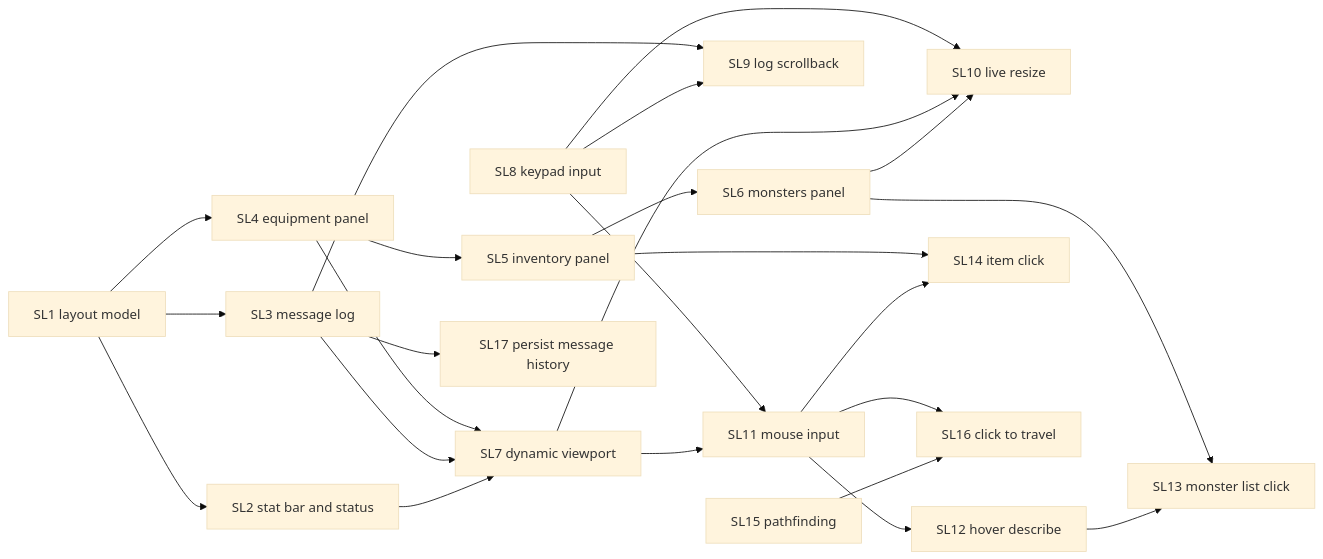
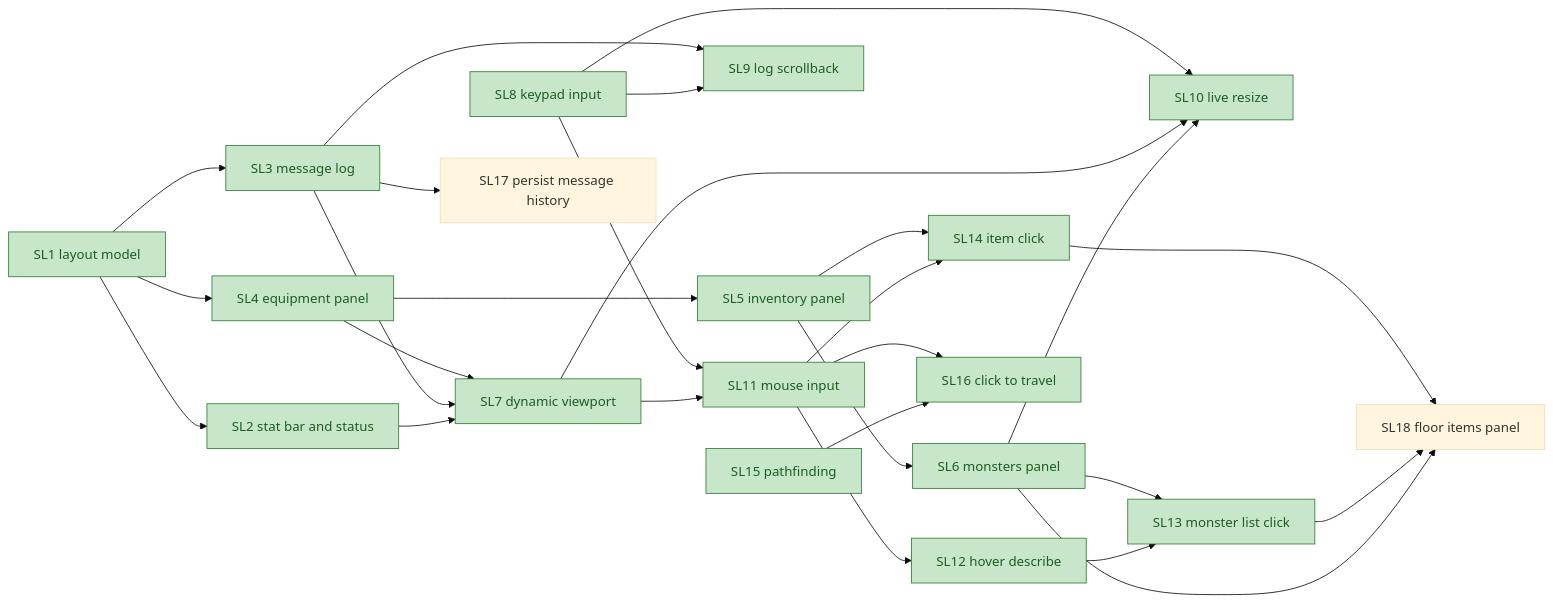
The diagram in docs/migration/epics/split-screen.md (lollek/omoria), drawn with Mermaid (base theme) before and after one commit. The commit also changed other lines of this file, not shown here.

Commit message:
docs: add SL18 - Visible Floor Items Panel

````diff
--- a/docs/migration/epics/split-screen.md
+++ b/docs/migration/epics/split-screen.md
@@ -152,26 +153,31 @@
 ```mermaid
 graph LR
   SL1[SL1 layout model] --> SL2[SL2 stat bar and status]
   SL1 --> SL3[SL3 message log]
   SL1 --> SL4[SL4 equipment panel]
   SL4 --> SL5[SL5 inventory panel]
   SL5 --> SL6[SL6 monsters panel]
   SL2 --> SL7[SL7 dynamic viewport]
   SL3 --> SL7
   SL4 --> SL7
   SL8[SL8 keypad input] --> SL9[SL9 log scrollback]
   SL3 --> SL9
   SL6 --> SL10[SL10 live resize]
   SL7 --> SL10
   SL8 --> SL10
   SL7 --> SL11[SL11 mouse input]
   SL8 --> SL11
   SL11 --> SL12[SL12 hover describe]
   SL12 --> SL13[SL13 monster list click]
   SL6 --> SL13
   SL11 --> SL14[SL14 item click]
   SL5 --> SL14
   SL15[SL15 pathfinding] --> SL16[SL16 click to travel]
   SL11 --> SL16
   SL3 --> SL17[SL17 persist message history]
+  SL6 --> SL18[SL18 floor items panel]
+  SL13 --> SL18
+  SL14 --> SL18
+  classDef done fill:#c8e6c9,stroke:#2e7d32,color:#1b5e20
+  class SL1,SL2,SL3,SL4,SL5,SL6,SL7,SL8,SL9,SL10,SL11,SL12,SL13,SL14,SL15,SL16 done
 ```
````
